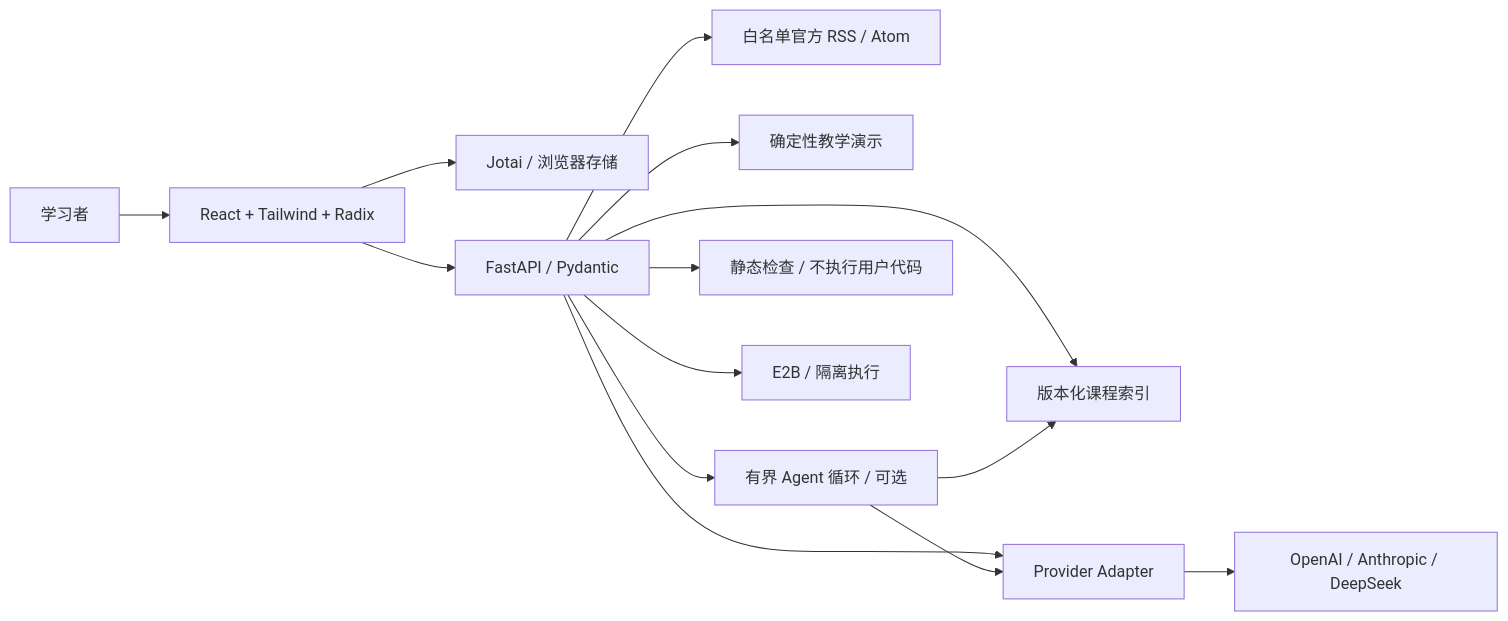
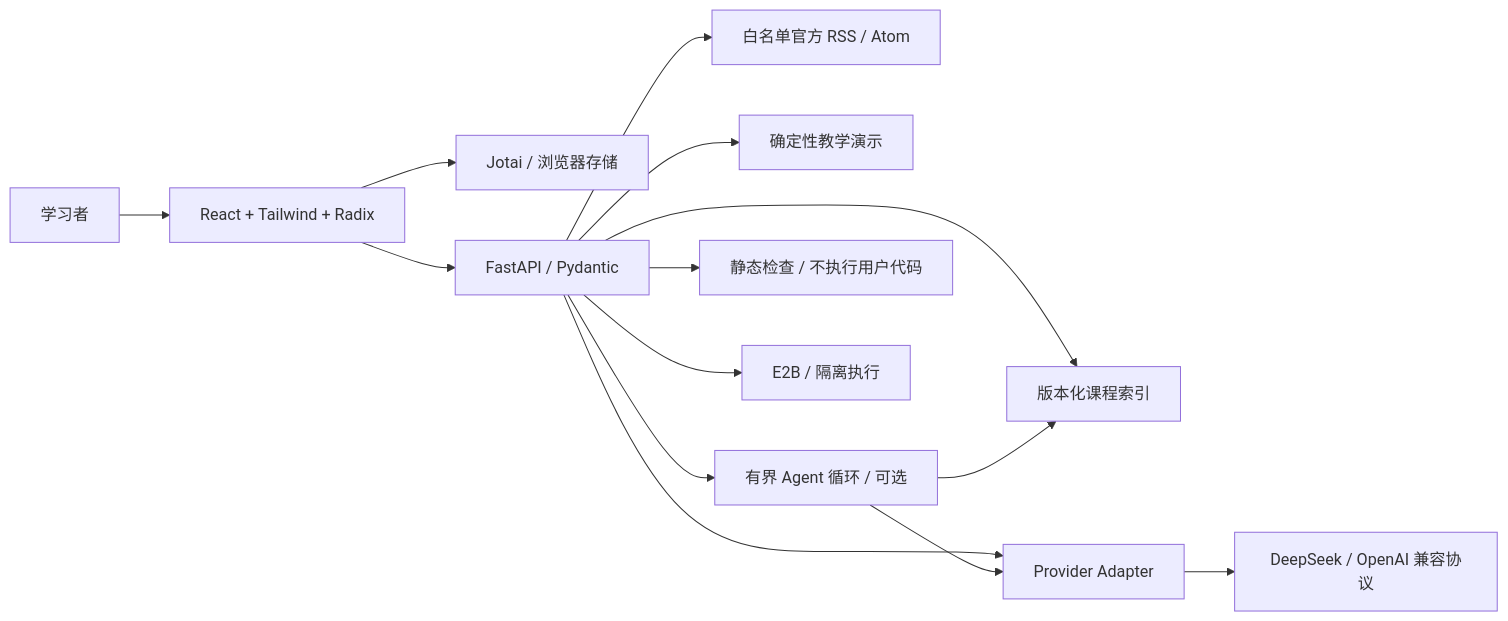
One commit to frontend-is-magic/deep-ai-station changed the diagram in docs/architecture.md. Above: the diagram before and after it, drawn with Mermaid. The commit also changed other lines of this file and 8 other files, not shown here.

````diff
--- a/docs/architecture.md
+++ b/docs/architecture.md
@@ -5,16 +5,16 @@
 ```mermaid
 flowchart LR
   U[学习者] --> R[React + Tailwind + Radix]
   R --> J[Jotai / 浏览器存储]
   R --> API[FastAPI / Pydantic]
   API --> C[版本化课程索引]
   API --> F[白名单官方 RSS / Atom]
   API --> D[确定性教学演示]
   API --> P[Provider Adapter]
   API --> A[有界 Agent 循环 / 可选]
   A --> P
   A --> C
-  P --> M[OpenAI / Anthropic / DeepSeek]
+  P --> M[DeepSeek / OpenAI 兼容协议]
   API --> S[静态检查 / 不执行用户代码]
   API --> E[E2B / 隔离执行]
 ```
````
